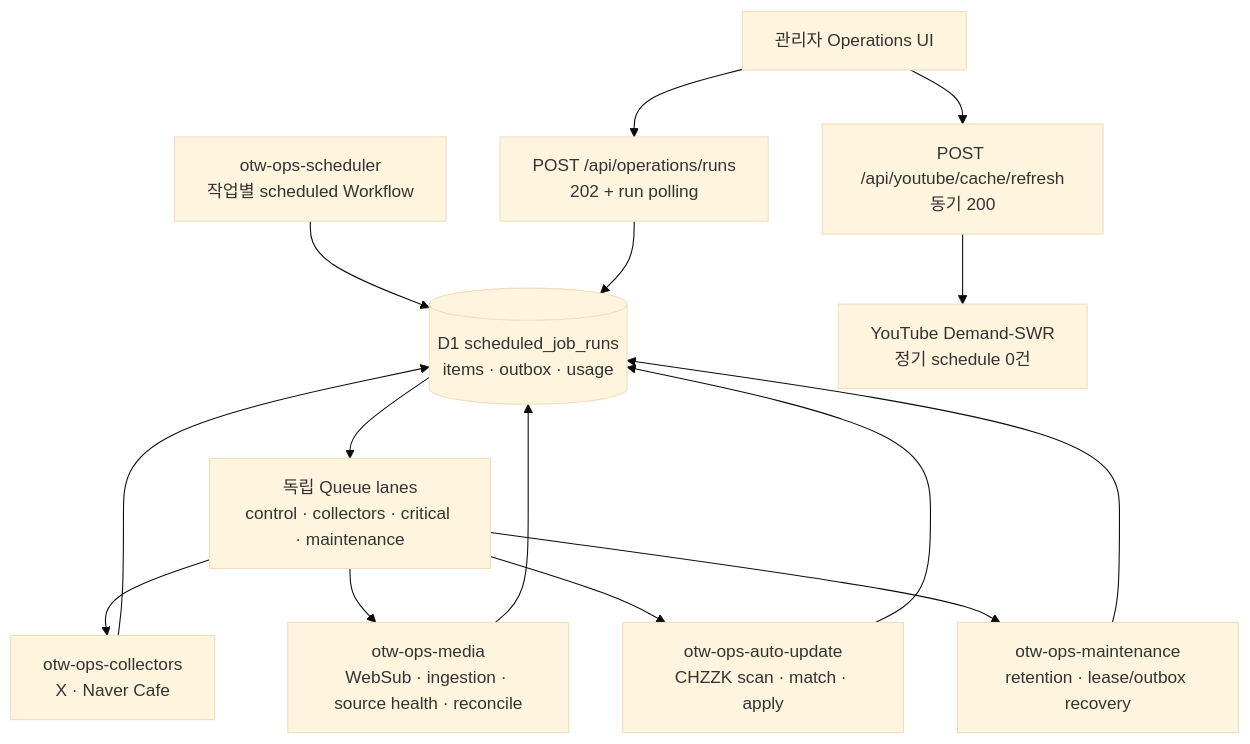
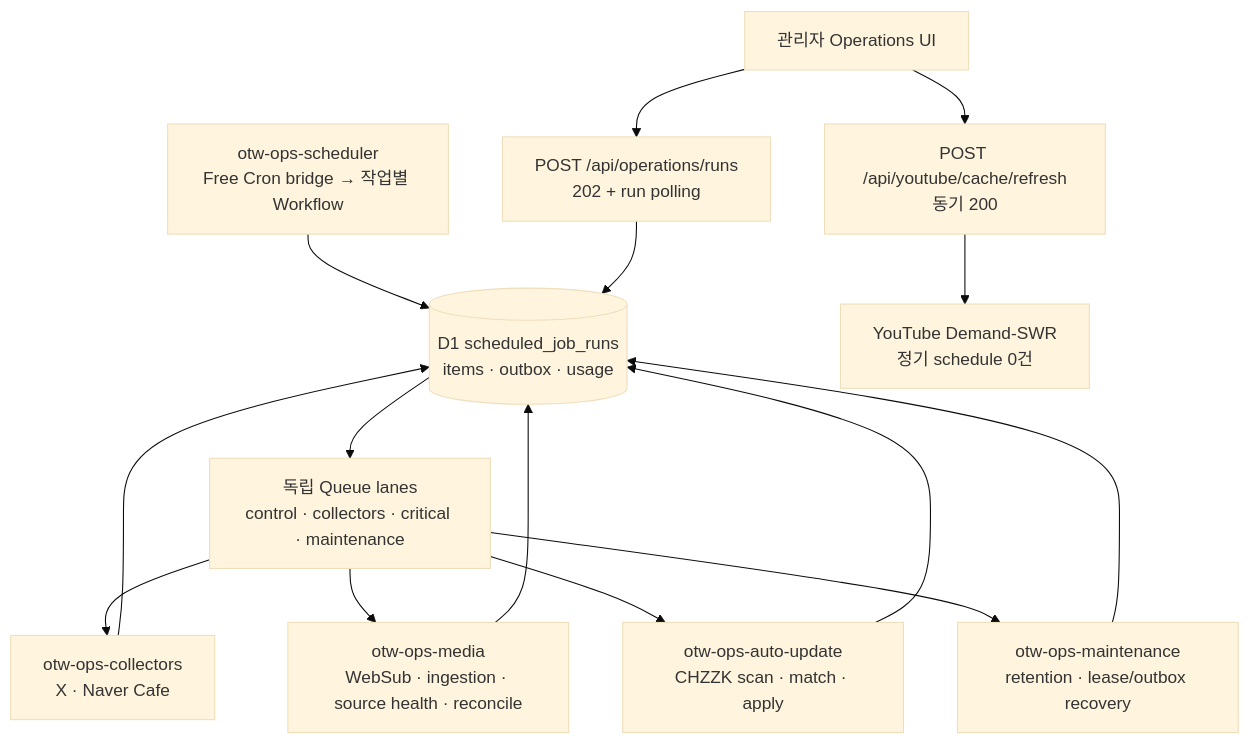
Before and after one commit to rlatmfrl24/overthewall-schedule: the ninth of 10 diagrams in docs/architecture.md, drawn with Mermaid (base theme). The commit also changed other lines of this file and 6 other files, not shown here.

Commit message:
fix: bridge scheduled workflows through free-plan cron

````diff
--- a/docs/architecture.md
+++ b/docs/architecture.md
@@ -599,29 +599,29 @@
 ```mermaid
 flowchart TB
-  workflows["otw-ops-scheduler<br/>작업별 scheduled Workflow"]
+  workflows["otw-ops-scheduler<br/>Free Cron bridge → 작업별 Workflow"]
   state[("D1 scheduled_job_runs<br/>items · outbox · usage")]
   queues["독립 Queue lanes<br/>control · collectors · critical · maintenance"]
   collectors["otw-ops-collectors<br/>X · Naver Cafe"]
   media["otw-ops-media<br/>WebSub · ingestion · source health · reconcile"]
   auto["otw-ops-auto-update<br/>CHZZK scan · match · apply"]
   maintenance["otw-ops-maintenance<br/>retention · lease/outbox recovery"]
   admin["관리자 Operations UI"]
   command["POST /api/operations/runs<br/>202 + run polling"]
   youtube["YouTube Demand-SWR<br/>정기 schedule 0건"]
   youtubeManual["POST /api/youtube/cache/refresh<br/>동기 200"]
 
   workflows --> state
   state --> queues
   queues --> collectors
   queues --> media
   queues --> auto
   queues --> maintenance
   collectors --> state
   media --> state
   auto --> state
   maintenance --> state
   admin --> command
   command --> state
   admin --> youtubeManual
   youtubeManual --> youtube
 ```
````
